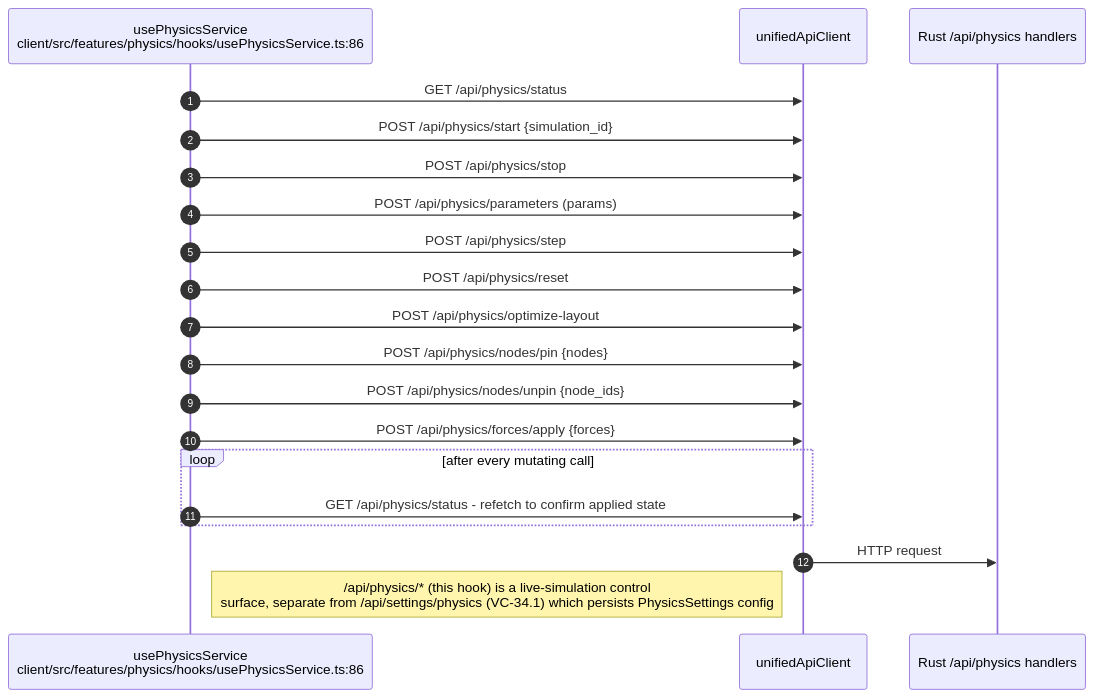
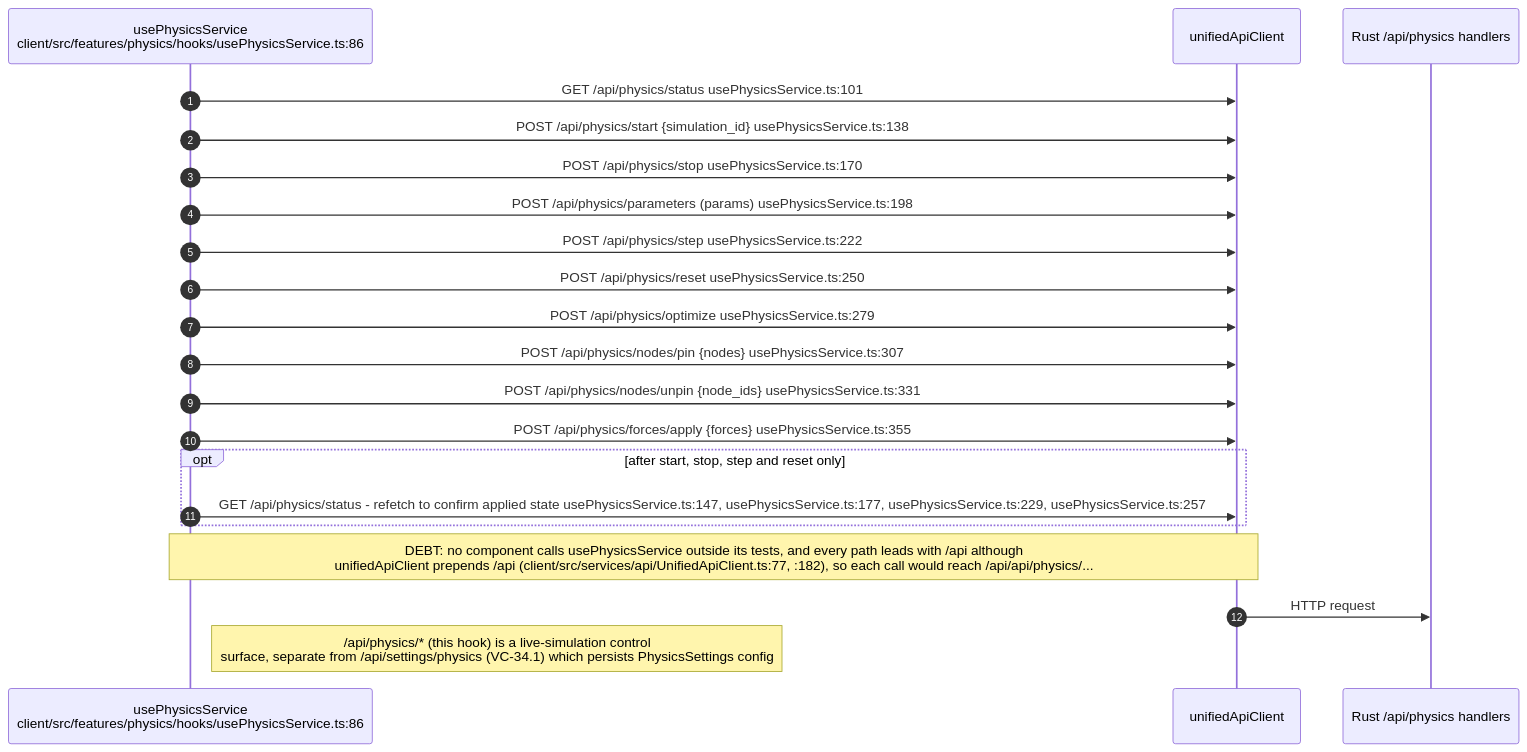
Before and after one commit to DreamLab-AI/VisionFlow: diagram 13 of 20 in docs/diagrams/visionclaw/34-client-features.md, drawn with Mermaid. The commit also changed other lines of this file and 173 other files, not shown here.

````diff
--- a/docs/diagrams/visionclaw/34-client-features.md
+++ b/docs/diagrams/visionclaw/34-client-features.md
@@ -480,23 +496,24 @@
 ```mermaid
 sequenceDiagram
     autonumber
     participant Hook as usePhysicsService<br/>client/src/features/physics/hooks/usePhysicsService.ts:86
     participant UAC as unifiedApiClient
     participant SRV as Rust /api/physics handlers
 
-    Hook->>UAC: GET /api/physics/status
-    Hook->>UAC: POST /api/physics/start {simulation_id}
-    Hook->>UAC: POST /api/physics/stop
-    Hook->>UAC: POST /api/physics/parameters (params)
-    Hook->>UAC: POST /api/physics/step
-    Hook->>UAC: POST /api/physics/reset
-    Hook->>UAC: POST /api/physics/optimize-layout
-    Hook->>UAC: POST /api/physics/nodes/pin {nodes}
-    Hook->>UAC: POST /api/physics/nodes/unpin {node_ids}
-    Hook->>UAC: POST /api/physics/forces/apply {forces}
-    loop after every mutating call
-        Hook->>UAC: GET /api/physics/status - refetch to confirm applied state
+    Hook->>UAC: GET /api/physics/status usePhysicsService.ts:101
+    Hook->>UAC: POST /api/physics/start {simulation_id} usePhysicsService.ts:138
+    Hook->>UAC: POST /api/physics/stop usePhysicsService.ts:170
+    Hook->>UAC: POST /api/physics/parameters (params) usePhysicsService.ts:198
+    Hook->>UAC: POST /api/physics/step usePhysicsService.ts:222
+    Hook->>UAC: POST /api/physics/reset usePhysicsService.ts:250
+    Hook->>UAC: POST /api/physics/optimize usePhysicsService.ts:279
+    Hook->>UAC: POST /api/physics/nodes/pin {nodes} usePhysicsService.ts:307
+    Hook->>UAC: POST /api/physics/nodes/unpin {node_ids} usePhysicsService.ts:331
+    Hook->>UAC: POST /api/physics/forces/apply {forces} usePhysicsService.ts:355
+    opt after start, stop, step and reset only
+        Hook->>UAC: GET /api/physics/status - refetch to confirm applied state usePhysicsService.ts:147, usePhysicsService.ts:177, usePhysicsService.ts:229, usePhysicsService.ts:257
     end
+    Note over Hook,UAC: DEBT: no component calls usePhysicsService outside its tests, and every path leads with /api although<br/>unifiedApiClient prepends /api (client/src/services/api/UnifiedApiClient.ts:77, :182), so each call would reach /api/api/physics/...
     UAC->>SRV: HTTP request
     Note right of Hook: /api/physics/* (this hook) is a live-simulation control<br/>surface, separate from /api/settings/physics (VC-34.1) which persists PhysicsSettings config
 ```
````
